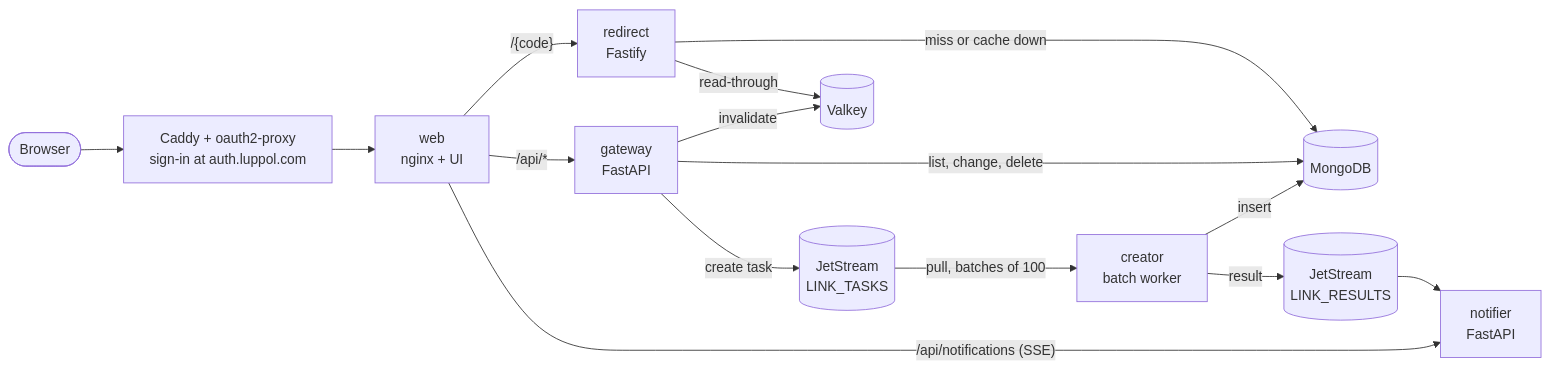
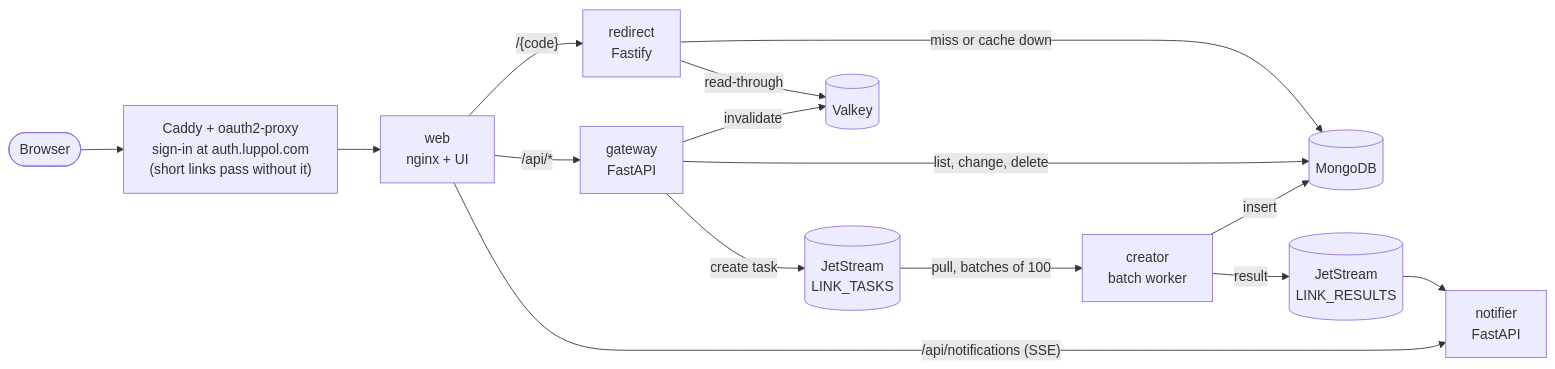
Before and after one commit to aluppol/nanolink: the diagram in README.md, drawn with Mermaid. The commit also changed other lines of this file and 42 other files, not shown here.

First line of the commit message:
Short links are public; only links an admin wrote redirect

````diff
--- a/README.md
+++ b/README.md
@@ -19,17 +19,17 @@
 ```mermaid
 flowchart LR
-    browser([Browser]) --> edge["Caddy + oauth2-proxy<br/>sign-in at auth.luppol.com"]
+    browser([Browser]) --> edge["Caddy + oauth2-proxy<br/>sign-in at auth.luppol.com<br/>(short links pass without it)"]
     edge --> web["web<br/>nginx + UI"]
     web -- "/api/*" --> gateway["gateway<br/>FastAPI"]
     web -- "/api/notifications (SSE)" --> notifier["notifier<br/>FastAPI"]
     web -- "/{code}" --> redirect["redirect<br/>Fastify"]
     gateway -- "create task" --> tasks[("JetStream<br/>LINK_TASKS")]
     tasks -- "pull, batches of 100" --> creator["creator<br/>batch worker"]
     creator -- "insert" --> mongo[("MongoDB")]
     creator -- "result" --> results[("JetStream<br/>LINK_RESULTS")]
     results --> notifier
     gateway -- "list, change, delete" --> mongo
     gateway -- "invalidate" --> cache[("Valkey")]
     redirect -- "read-through" --> cache
     redirect -- "miss or cache down" --> mongo
 ```
````
